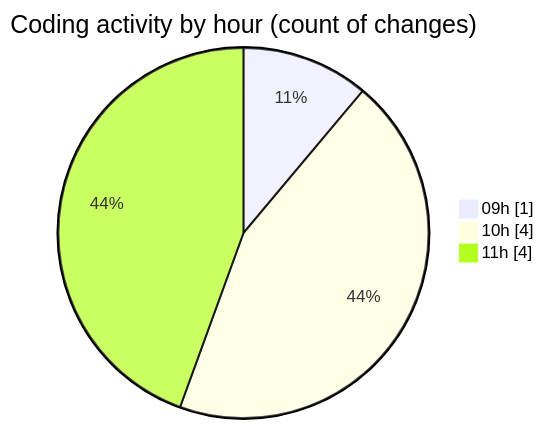
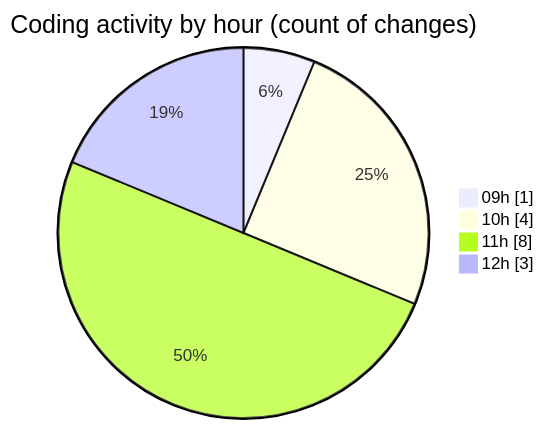
Before and after one commit to momahboobian/code-tracking: the second of 2 diagrams in 2025-10-21/cda/README.md, drawn with Mermaid. The commit also changed other lines of this file and 1 other file, not shown here.

````diff
--- a/2025-10-21/cda/README.md
+++ b/2025-10-21/cda/README.md
@@ -34,7 +36,8 @@
 ```mermaid
 pie showData
 title Coding activity by hour (count of changes)
 "09h" : 1
 "10h" : 4
-"11h" : 4
+"11h" : 8
+"12h" : 3
 ```
````
